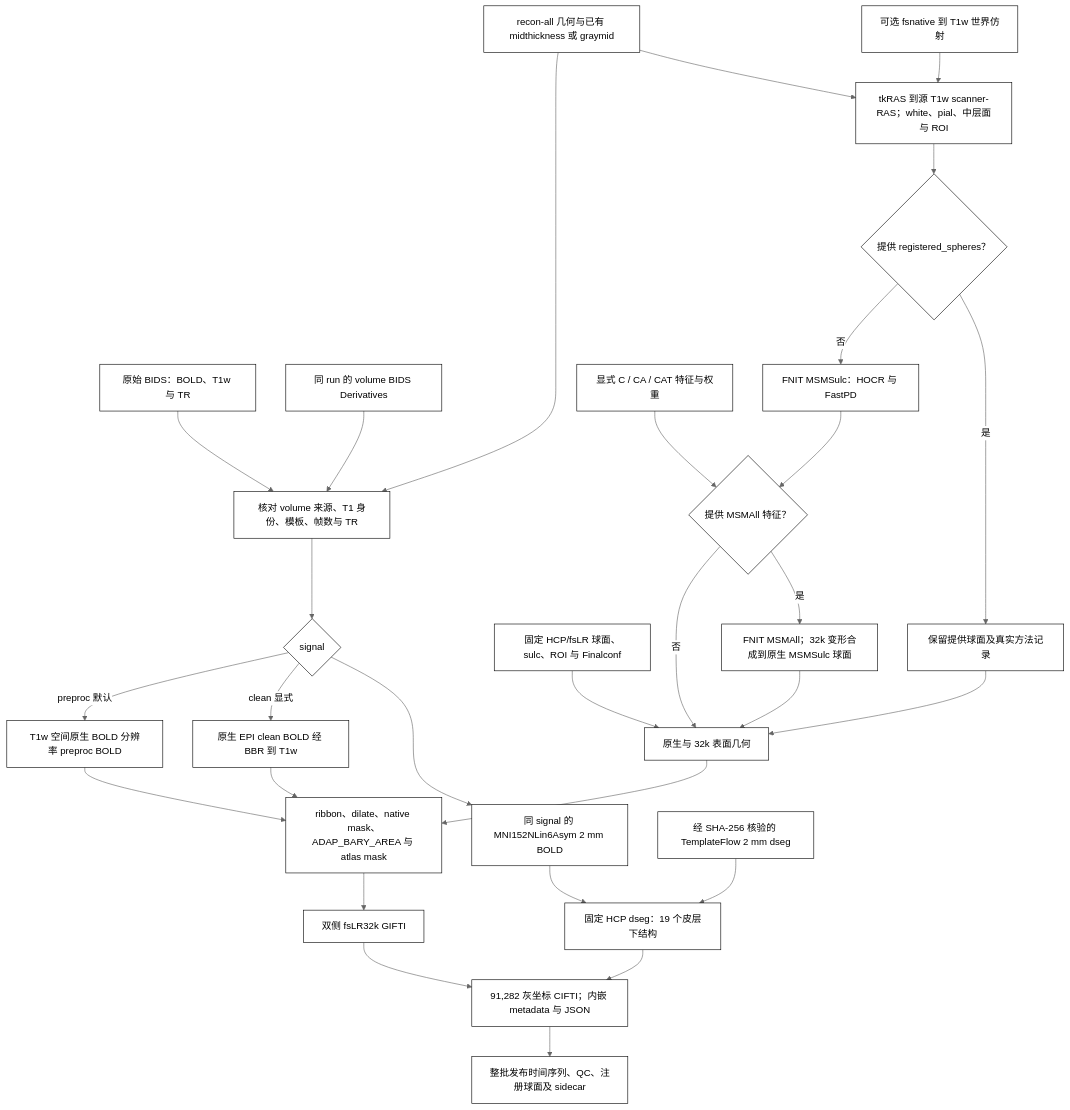
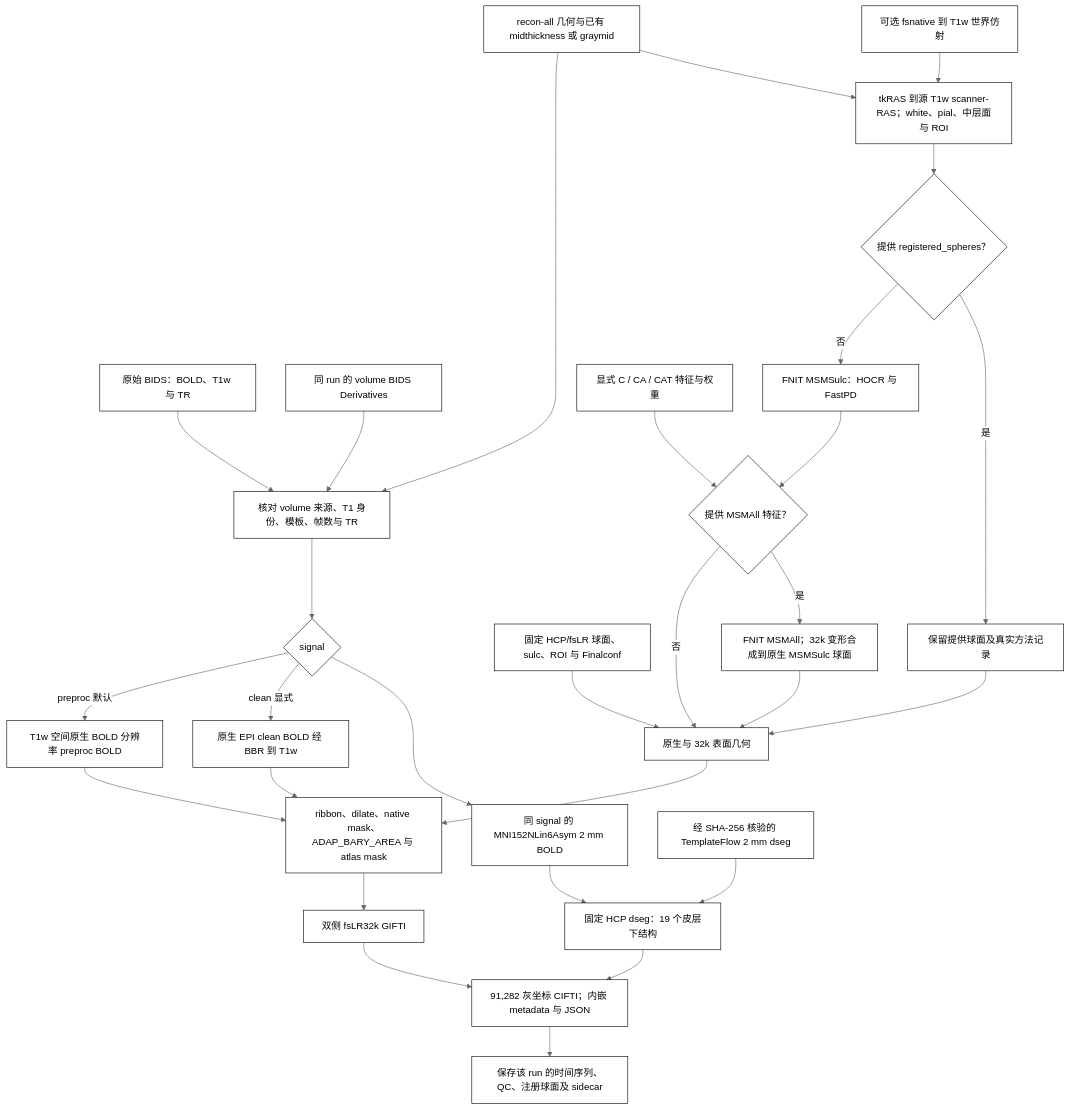
One commit to weikanggong1/Fudan-Neuroimaging-toolkit changed the diagram in docs/fmri/surface.md. Above: the diagram before and after it, drawn with Mermaid (neutral theme). The commit also changed other lines of this file and 87 other files, not shown here.

````diff
--- a/docs/fmri/surface.md
+++ b/docs/fmri/surface.md
@@ -15,29 +15,29 @@
 ```mermaid
 flowchart TD
     RAW["原始 BIDS：BOLD、T1w 与 TR"] --> CHECK["核对 volume 来源、T1 身份、模板、帧数与 TR"]
     VOL["同 run 的 volume BIDS Derivatives"] --> CHECK
     FS["recon-all 几何与已有 midthickness 或 graymid"] --> CHECK
     CHECK --> SIGNAL{"signal"}
     SIGNAL -- preproc 默认 --> T1BOLD["T1w 空间原生 BOLD 分辨率 preproc BOLD"]
     SIGNAL -- clean 显式 --> CLEAN["原生 EPI clean BOLD 经 BBR 到 T1w"]
     SIGNAL --> MNI["同 signal 的 MNI152NLin6Asym 2 mm BOLD"]
     FS --> GEO["tkRAS 到源 T1w scanner-RAS；white、pial、中层面与 ROI"]
     XFM["可选 fsnative 到 T1w 世界仿射"] --> GEO
     HCP["固定 HCP/fsLR 球面、sulc、ROI 与 Finalconf"] --> READY["原生与 32k 表面几何"]
     GEO --> SPHERE{"提供 registered_spheres？"}
     SPHERE -- 否 --> MSM["FNIT MSMSulc：HOCR 与 FastPD"] --> REFINE{"提供 MSMAll 特征？"}
     REFINE -- 否 --> READY
     FEATURES["显式 C / CA / CAT 特征与权重"] --> REFINE
     REFINE -- 是 --> MSMALL["FNIT MSMAll；32k 变形合成到原生 MSMSulc 球面"] --> READY
     SPHERE -- 是 --> PROVIDED["保留提供球面及真实方法记录"] --> READY
     T1BOLD --> PROJ["ribbon、dilate、native mask、ADAP_BARY_AREA 与 atlas mask"]
     CLEAN --> PROJ
     READY --> PROJ
     PROJ --> GIFTI["双侧 fsLR32k GIFTI"]
     MNI --> SUB["固定 HCP dseg：19 个皮层下结构"]
     DSEG["经 SHA-256 核验的 TemplateFlow 2 mm dseg"] --> SUB
     GIFTI --> CIFTI["91,282 灰坐标 CIFTI；内嵌 metadata 与 JSON"]
     SUB --> CIFTI
-    CIFTI --> OUT["整批发布时间序列、QC、注册球面及 sidecar"]
+    CIFTI --> OUT["保存该 run 的时间序列、QC、注册球面及 sidecar"]
     classDef default fill:#ffffff,stroke:#000000,color:#000000;
 ```
````
